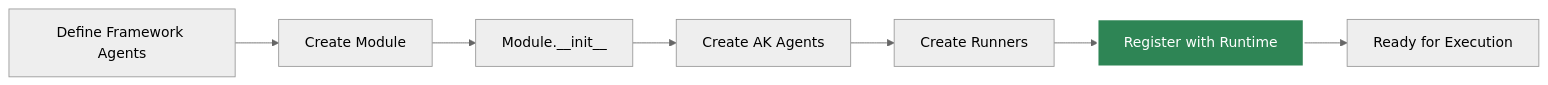
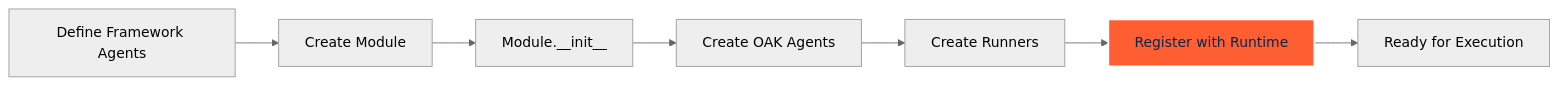
One commit to yaalalabs/agent-kernel changed the third of 4 diagrams in docs/docs/core-concepts/overview.md. Above: the diagram before and after it, drawn with Mermaid (neutral theme). The commit also changed other lines of this file and 444 other files, not shown here.

````diff
--- a/docs/docs/core-concepts/overview.md
+++ b/docs/docs/core-concepts/overview.md
@@ -215,11 +215,11 @@
 ```mermaid
 graph LR
     A[Define Framework Agents] --> B[Create Module]
     B --> C[Module.__init__]
-    C --> D[Create AK Agents]
+    C --> D[Create OAK Agents]
     D --> E[Create Runners]
     E --> F[Register with Runtime]
     F --> G[Ready for Execution]
     
-    style F fill:#2e8555,stroke:#fff,stroke-width:2px,color:#fff
+    style F fill:#FF5E32,stroke:#fff,stroke-width:2px,color:#02284F
 ```
````
